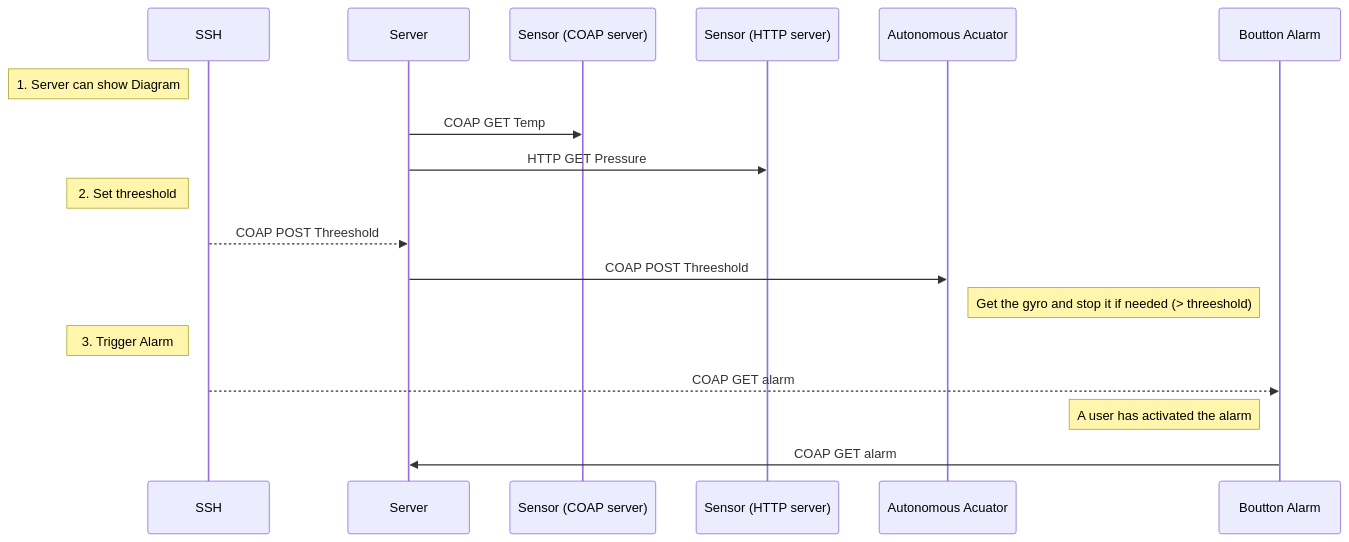
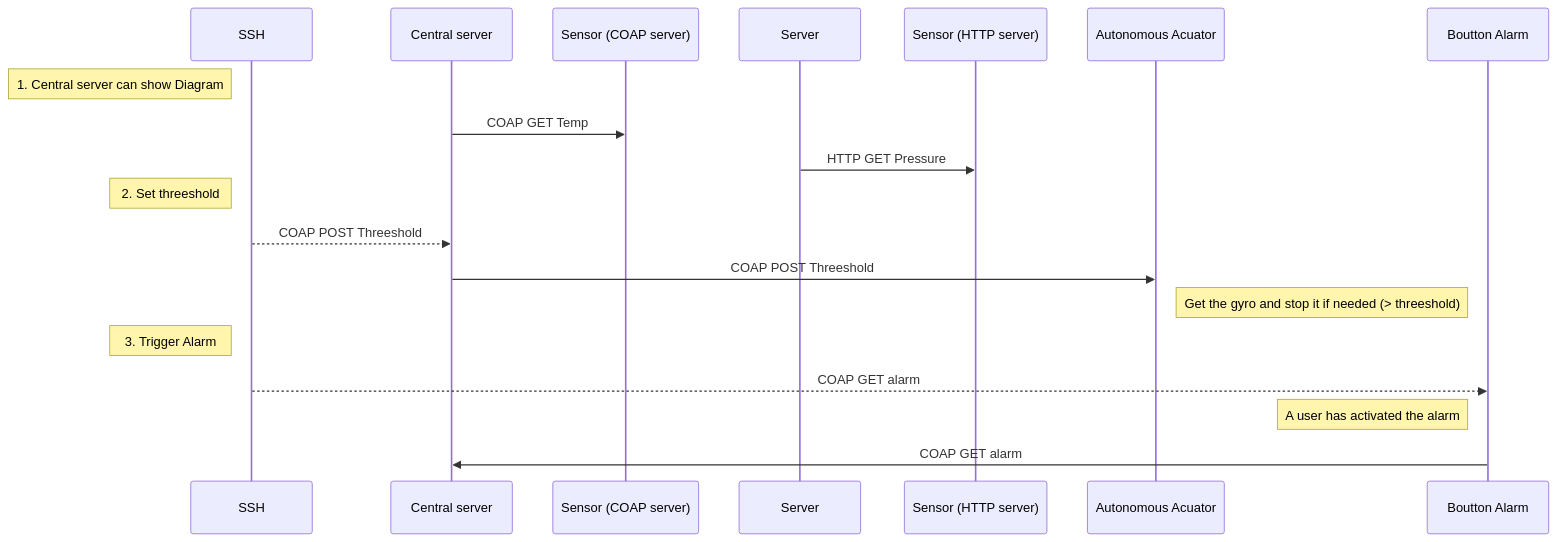
Before and after one commit to Its-Just-Nans/rio201: the diagram in report/img/archi.mmd, drawn with Mermaid. The commit also changed 5 other files, not shown here.

```diff
--- a/report/img/archi.mmd
+++ b/report/img/archi.mmd
@@ -1,12 +1,12 @@
 sequenceDiagram
-    Note left of SSH: 1. Server can show Diagram
-    Server ->> Sensor (COAP server): COAP GET Temp
+    Note left of SSH: 1. Central server can show Diagram
+    Central server ->> Sensor (COAP server): COAP GET Temp
     Server ->> Sensor (HTTP server): HTTP GET Pressure
     Note left of SSH: 2. Set threeshold
-    SSH -->> Server: COAP POST Threeshold
-    Server ->> Autonomous Acuator: COAP POST Threeshold
+    SSH -->> Central server: COAP POST Threeshold
+    Central server ->> Autonomous Acuator: COAP POST Threeshold
     Note right of Autonomous Acuator: Get the gyro and stop it if needed (> threeshold)
     Note left of SSH: 3. Trigger Alarm
     SSH -->> Boutton Alarm: COAP GET alarm
     Note left of Boutton Alarm: A user has activated the alarm
-    Boutton Alarm ->> Server: COAP GET alarm
+    Boutton Alarm ->> Central server: COAP GET alarm
```
